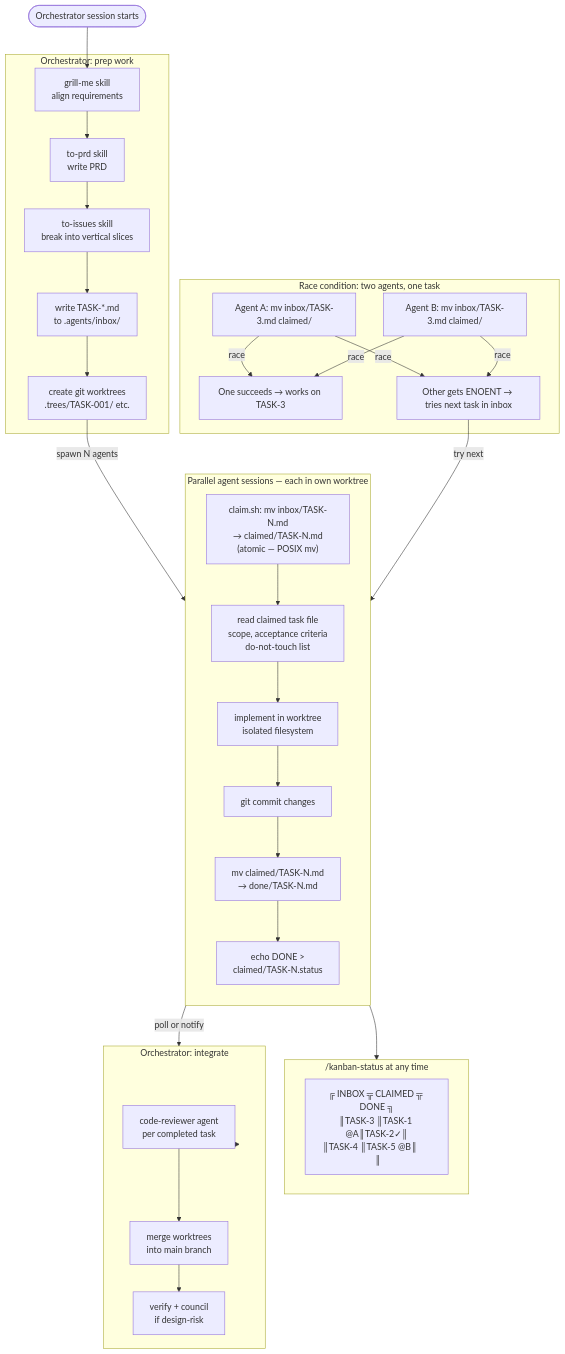
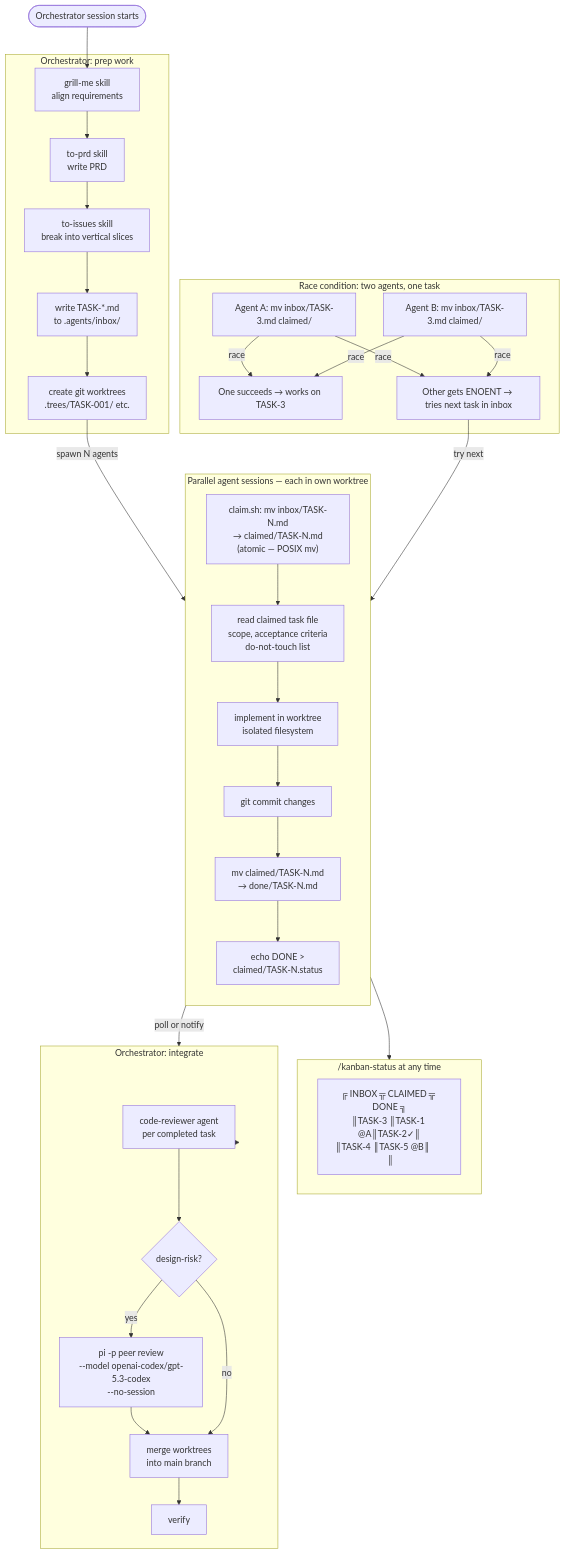
Before and after one commit to vietbui1999ru/llm-wiki: the first of 3 diagrams in docs/workflows.md, drawn with Mermaid. The commit also changed other lines of this file and 3 other files, not shown here.

First line of the commit message:
feat(docs): OpenCode integration — rule stack fix, council expansion, validated opencode run

````diff
--- a/docs/workflows.md
+++ b/docs/workflows.md
@@ -5,52 +5,56 @@
 ```mermaid
 flowchart TD
     START([Orchestrator session starts])
 
     subgraph SETUP["Orchestrator: prep work"]
         GRILL["grill-me skill<br>align requirements"]
         PRD["to-prd skill<br>write PRD"]
         ISSUES["to-issues skill<br>break into vertical slices"]
         INBOX_WRITE["write TASK-*.md<br>to .agents/inbox/"]
         WORKTREES["create git worktrees<br>.trees/TASK-001/ etc."]
     end
 
     subgraph AGENTS["Parallel agent sessions — each in own worktree"]
         direction TB
         CLAIM["claim.sh: mv inbox/TASK-N.md<br>→ claimed/TASK-N.md<br>(atomic — POSIX mv)"]
         READ_TASK["read claimed task file<br>scope, acceptance criteria<br>do-not-touch list"]
         IMPL["implement in worktree<br>isolated filesystem"]
         COMMIT[git commit changes]
         MOVE_DONE["mv claimed/TASK-N.md<br>→ done/TASK-N.md"]
         STATUS["echo DONE ><br>claimed/TASK-N.status"]
     end
 
     subgraph RACE["Race condition: two agents, one task"]
         AG1["Agent A: mv inbox/TASK-3.md claimed/"]
         AG2["Agent B: mv inbox/TASK-3.md claimed/"]
         WIN["One succeeds → works on TASK-3"]
         LOSE["Other gets ENOENT → tries next task in inbox"]
     end
 
     subgraph KANBAN["/kanban-status at any time"]
         BOARD["╔ INBOX ╦ CLAIMED ╦ DONE ╗<br>║TASK-3 ║TASK-1 @A║TASK-2✓║<br>║TASK-4 ║TASK-5 @B║       ║"]
     end
 
     subgraph MERGE["Orchestrator: integrate"]
         REVIEW["code-reviewer agent<br>per completed task"]
+        COUNCIL_GATE{"design-risk?"}
+        COUNCIL_RUN["pi -p peer review<br>--model openai-codex/gpt-5.3-codex<br>--no-session"]
         MERGE_WT["merge worktrees<br>into main branch"]
-        VERIFY["verify + council<br>if design-risk"]
+        VERIFY["verify"]
     end
 
     START --> GRILL --> PRD --> ISSUES --> INBOX_WRITE --> WORKTREES
     WORKTREES -->|spawn N agents| CLAIM
 
     CLAIM --> READ_TASK --> IMPL --> COMMIT --> MOVE_DONE --> STATUS
 
     AG1 & AG2 -->|race| WIN & LOSE
     LOSE -->|try next| CLAIM
 
     STATUS -->|poll or notify| MERGE
     MOVE_DONE --> KANBAN
 
-    MERGE --> REVIEW --> MERGE_WT --> VERIFY
+    MERGE --> REVIEW --> COUNCIL_GATE
+    COUNCIL_GATE -->|yes| COUNCIL_RUN --> MERGE_WT
+    COUNCIL_GATE -->|no| MERGE_WT --> VERIFY
 ```
````
